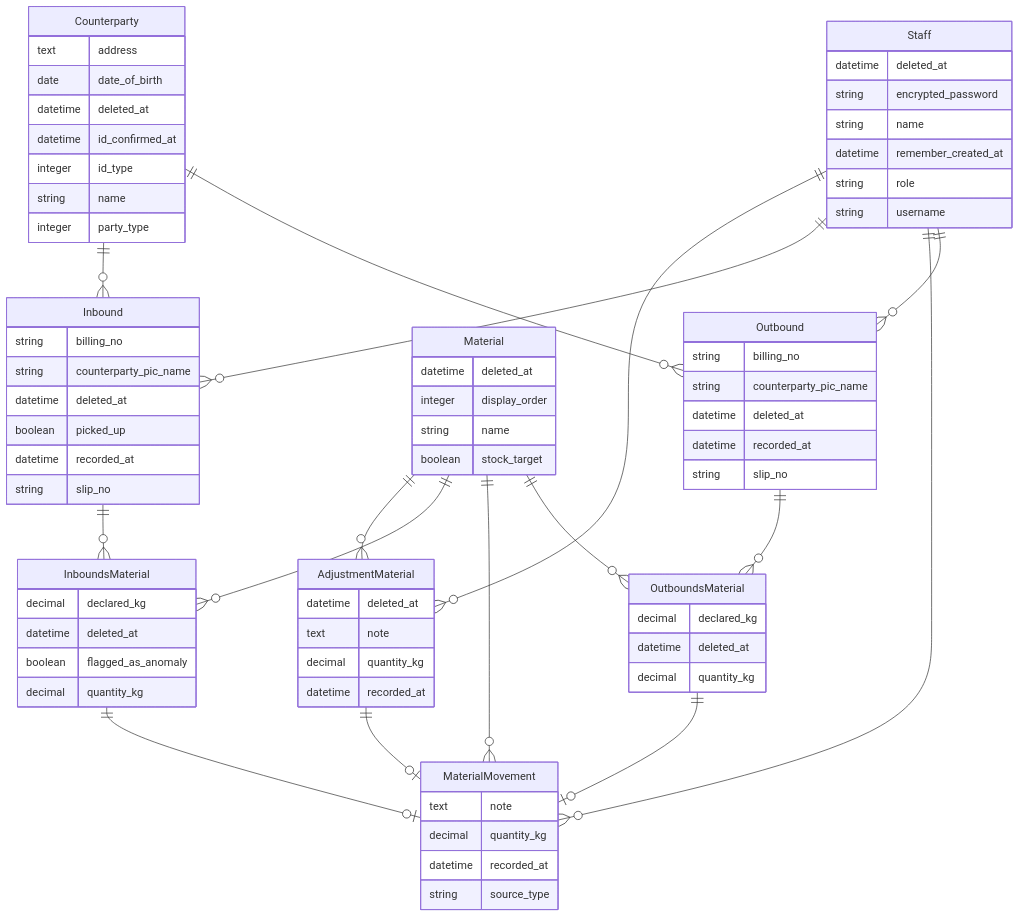
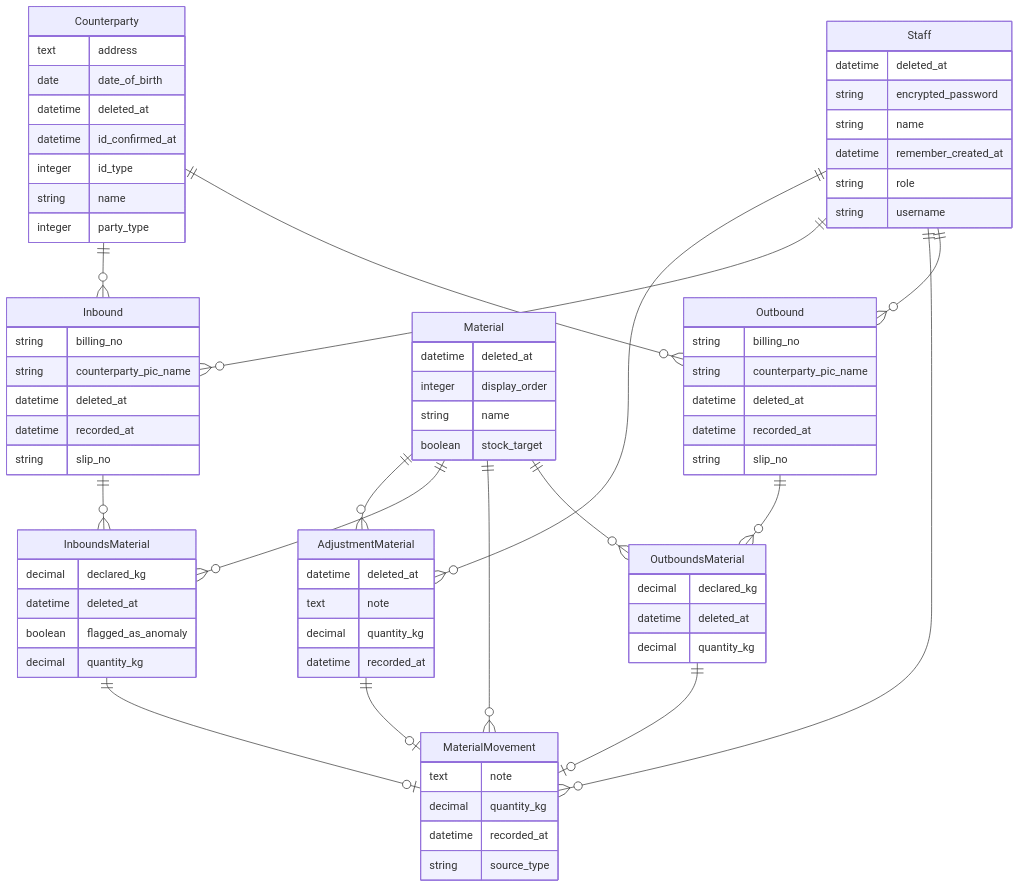
The diagram in erd.mmd (songgeye/Loopworks), drawn with Mermaid before and after one commit. The commit also changed 22 other files, not shown here.

```diff
--- a/erd.mmd
+++ b/erd.mmd
@@ -1,78 +1,77 @@
 erDiagram
 	direction TB
 	AdjustmentMaterial {
 		datetime deleted_at
 		text note
 		decimal quantity_kg
 		datetime recorded_at
 	}
 	Counterparty {
 		text address
 		date date_of_birth
 		datetime deleted_at
 		datetime id_confirmed_at
 		integer id_type
 		string name
 		integer party_type
 	}
 	Inbound {
 		string billing_no
 		string counterparty_pic_name
 		datetime deleted_at
-		boolean picked_up
 		datetime recorded_at
 		string slip_no
 	}
 	InboundsMaterial {
 		decimal declared_kg
 		datetime deleted_at
 		boolean flagged_as_anomaly
 		decimal quantity_kg
 	}
 	Material {
 		datetime deleted_at
 		integer display_order
 		string name
 		boolean stock_target
 	}
 	MaterialMovement {
 		text note
 		decimal quantity_kg
 		datetime recorded_at
 		string source_type
 	}
 	Outbound {
 		string billing_no
 		string counterparty_pic_name
 		datetime deleted_at
 		datetime recorded_at
 		string slip_no
 	}
 	OutboundsMaterial {
 		decimal declared_kg
 		datetime deleted_at
 		decimal quantity_kg
 	}
 	Staff {
 		datetime deleted_at
 		string encrypted_password
 		string name
 		datetime remember_created_at
 		string role
 		string username
 	}
 	Material ||--}o AdjustmentMaterial : ""
 	Staff ||--}o AdjustmentMaterial : ""
 	AdjustmentMaterial ||--|o MaterialMovement : ""
 	InboundsMaterial ||--|o MaterialMovement : ""
 	OutboundsMaterial ||--|o MaterialMovement : ""
 	Counterparty ||--}o Inbound : ""
 	Counterparty ||--}o Outbound : ""
 	Staff ||--}o Inbound : ""
 	Material ||--}o InboundsMaterial : ""
 	Inbound ||--}o InboundsMaterial : ""
 	Material ||--}o MaterialMovement : ""
 	Staff ||--}o MaterialMovement : ""
 	Staff ||--}o Outbound : ""
 	Outbound ||--}o OutboundsMaterial : ""
 	Material ||--}o OutboundsMaterial : ""
```
